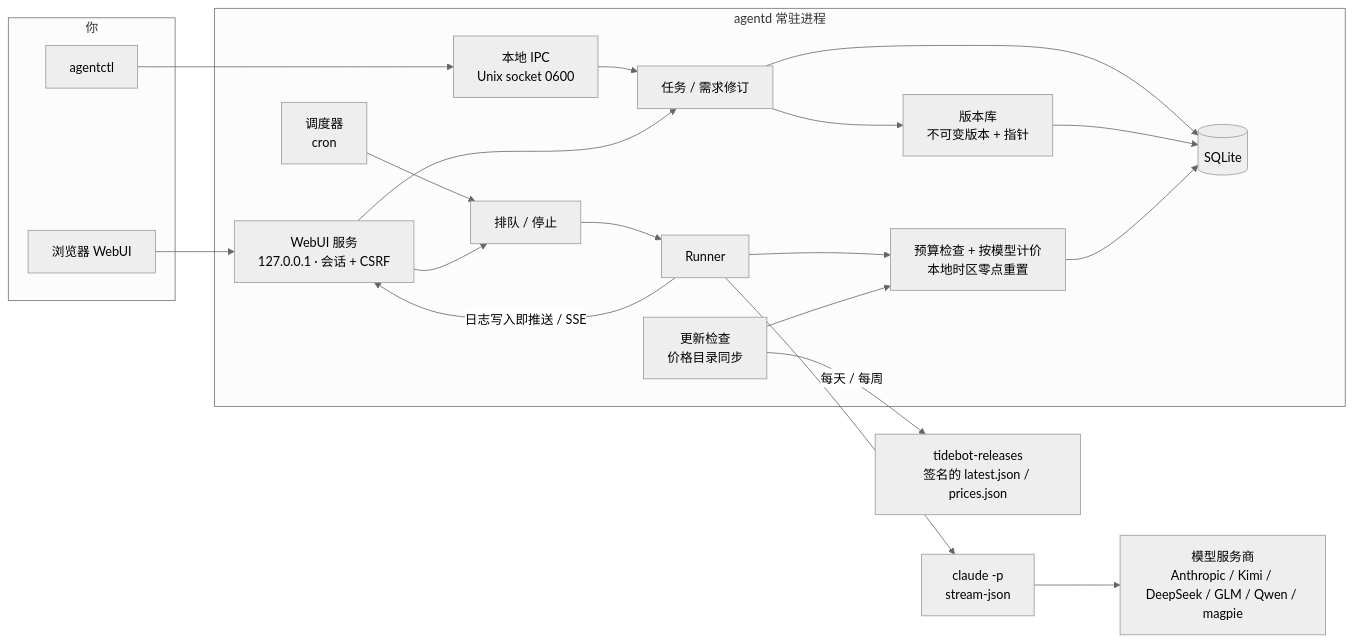
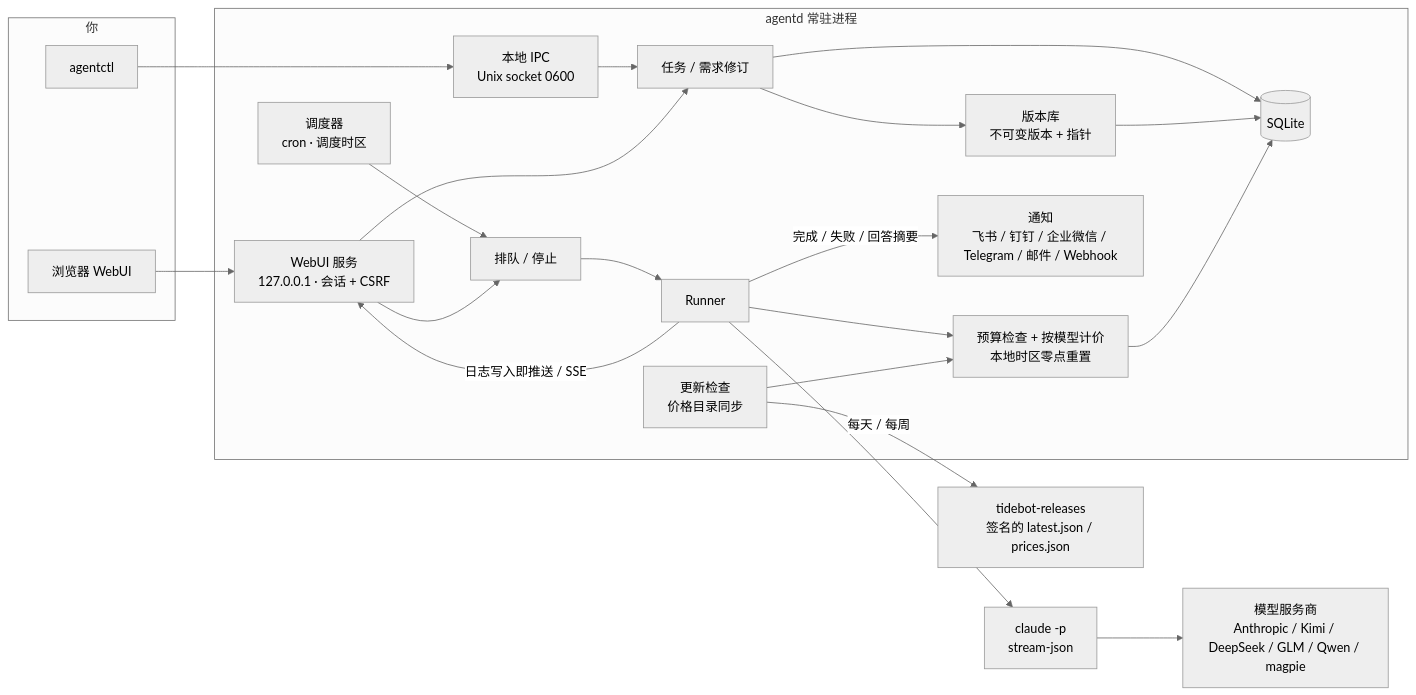
Before and after one commit to Zhengmingming1/tidebot: the diagram in README.md, drawn with Mermaid (neutral theme). The commit also changed other lines of this file and 32 other files, not shown here.

Commit message:
v0.1.8 发布说明；README 更新功能介绍、占用实测、安装与更新说明（macOS 0.1.7 需手动安装一次）、架构图，按 1024×655 重拍截图并新增任务列表和更新截图

````diff
--- a/README.md
+++ b/README.md
@@ -101,40 +111,42 @@
 ```mermaid
 flowchart LR
   subgraph you[你]
     CLI[agentctl]
     Browser[浏览器 WebUI]
   end
   subgraph agentd[agentd 常驻进程]
     IPC[本地 IPC<br/>Unix socket 0600]
     Web[WebUI 服务<br/>127.0.0.1 · 会话 + CSRF]
-    Sched[调度器<br/>cron]
+    Sched[调度器<br/>cron · 调度时区]
     Tasks[任务 / 需求修订]
     Ver[版本库<br/>不可变版本 + 指针]
     Cost[预算检查 + 按模型计价<br/>本地时区零点重置]
     Queue[排队 / 停止]
     Runner[Runner]
     Upd[更新检查<br/>价格目录同步]
+    Notify[通知<br/>飞书 / 钉钉 / 企业微信 / Telegram / 邮件 / Webhook]
     DB[(SQLite)]
   end
   Claude[claude -p<br/>stream-json]
   Provider[模型服务商<br/>Anthropic / Kimi / DeepSeek / GLM / Qwen / magpie]
   Rel[tidebot-releases<br/>签名的 latest.json / prices.json]
 
   CLI --> IPC
   Browser --> Web
   IPC --> Tasks
   Web --> Tasks
   Sched --> Queue
   Web --> Queue
   Queue --> Runner
   Tasks --> Ver
   Runner --> Cost
   Runner --> Claude
   Claude --> Provider
   Tasks --> DB
   Ver --> DB
   Cost --> DB
   Runner -- 日志写入即推送 / SSE --> Web
   Upd -- 每天 / 每周 --> Rel
   Upd --> Cost
+  Runner -- 完成 / 失败 / 回答摘要 --> Notify
 ```
````
